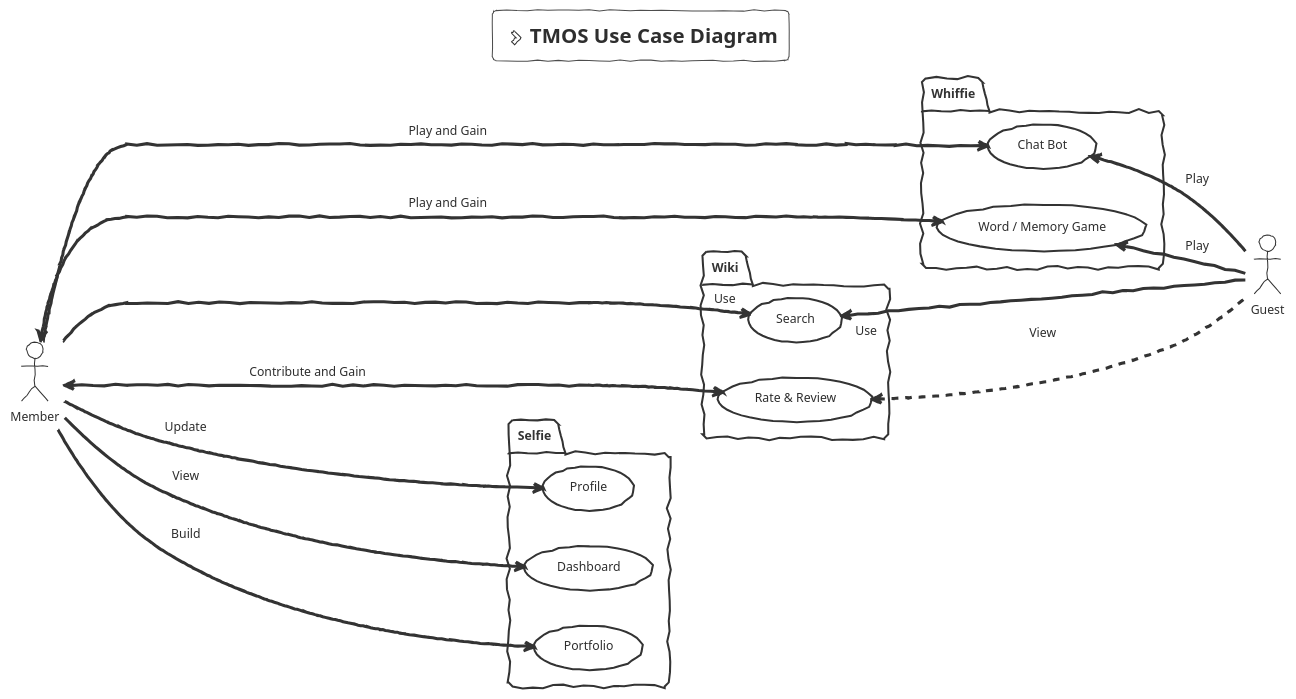
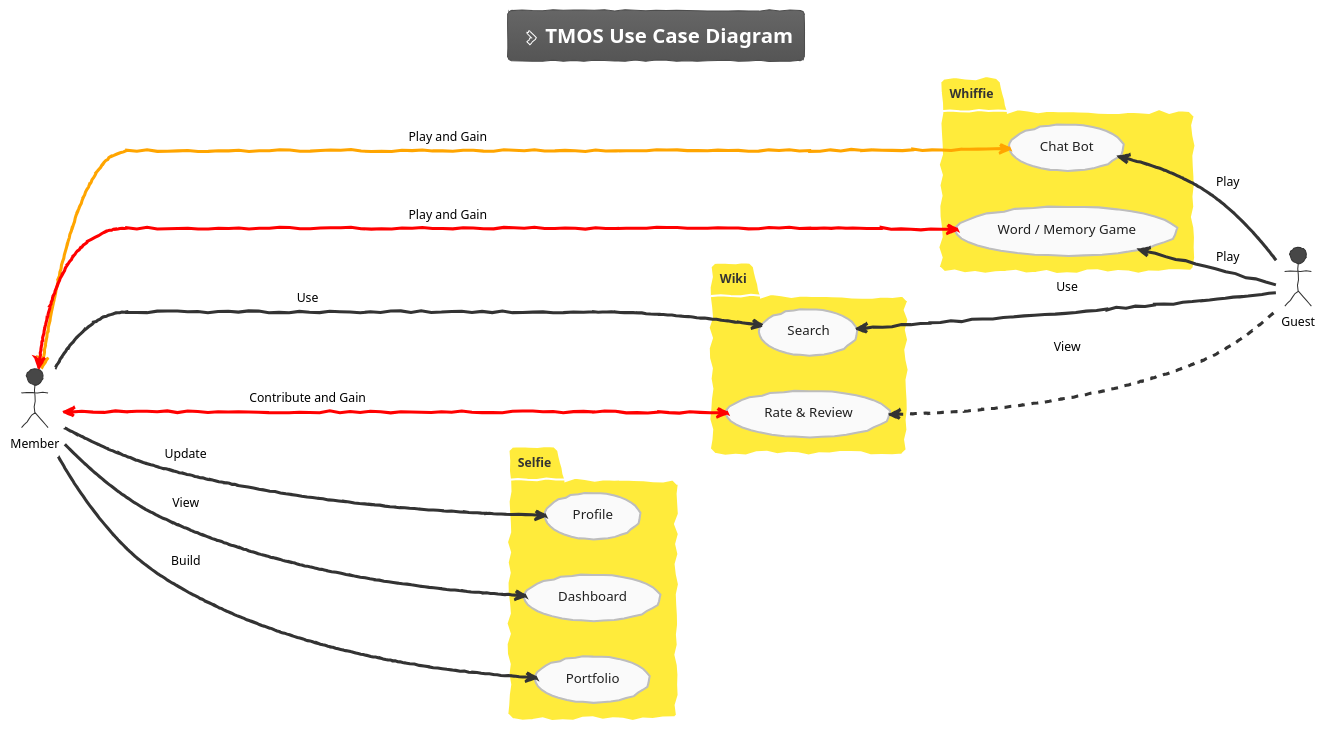
The diagram in docs/architecture/tmos_use_case.puml (pmwong008/PlantUML_boot), drawn with PlantUML before and after one commit. The commit also changed 3 other files, not shown here.

Commit message:
Theme sketchy details added.

```diff
--- a/docs/architecture/tmos_use_case.puml
+++ b/docs/architecture/tmos_use_case.puml
@@ -1,44 +1,57 @@
 @startuml
-!theme sketchy-outline
+!theme sketchy
+skinparam handwritten true
+skinparam packageBorderColor white
+
+skinparam usecase {
+  BackgroundColor #FAFAFA
+  FontColor #212121
+  BorderColor #BDBDBD
+  FontSize 13
+}
+skinparam ArrowFontColor black
+skinparam ActorFontColor black
+
 
 title <size:20> <&chevron-right> TMOS Use Case Diagram
 
 left to right direction
 actor Guest as g
 actor Member as m
 
 
-package Whiffie {
+package Whiffie #FFEB3B {
   usecase "Chat Bot" as UC1
   usecase "Word / Memory Game" as UC2
 
 }
 
-package Wiki {
+package Wiki #FFEB3B {
   usecase "Search" as UC3
   usecase "Rate & Review" as UC4
 }
 
-package Selfie {
+package Selfie #FFEB3B {
   usecase "Profile" as UC5
   usecase "Dashboard" as UC6
   usecase "Portfolio" as UC7
 }
 
 UC1 <-- g : Play
 UC2 <-- g : Play
-UC3 "Use" <-- g
-UC4 <-.- g : "View"
+UC3 <-- g : Use
+UC4 <-.- g : View
 'UC7 <-- UC4
 
 
-m --> UC1 : Play and Gain
-m <--> UC2 : Play and Gain
-m ----> "Use" UC3
-m <-----> UC4 : Contribute and Gain
-m ----> UC5 : "Update"
-m ----> UC6 : "View"
-m ----> UC7 :  "Build"
+m <-[#orange]-> UC1 : Play and Gain
+m <-[#red]-> UC2 : Play and Gain
+m ----> UC3 : Use
+m <--[#red]---> UC4 : Contribute and Gain
+m ----> UC5 : Update
+m ----> UC6 : View
+m ----> UC7 : Build
+
 
 
 @enduml
```
